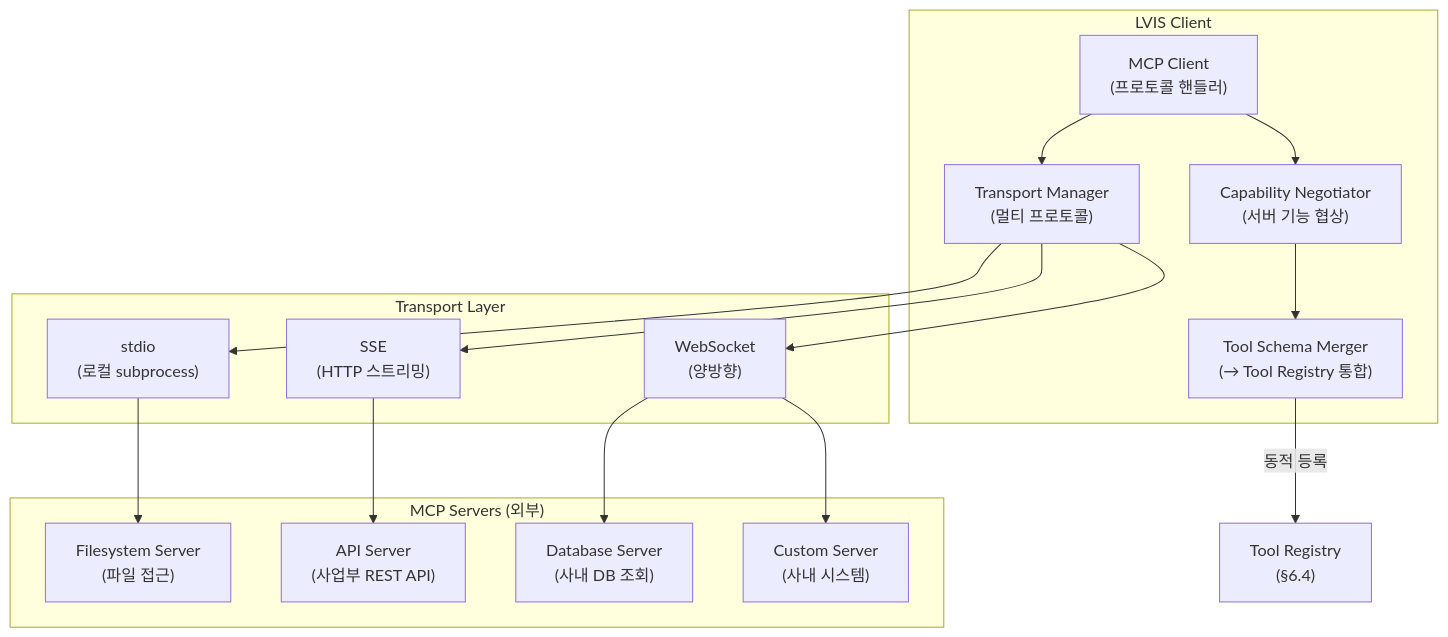
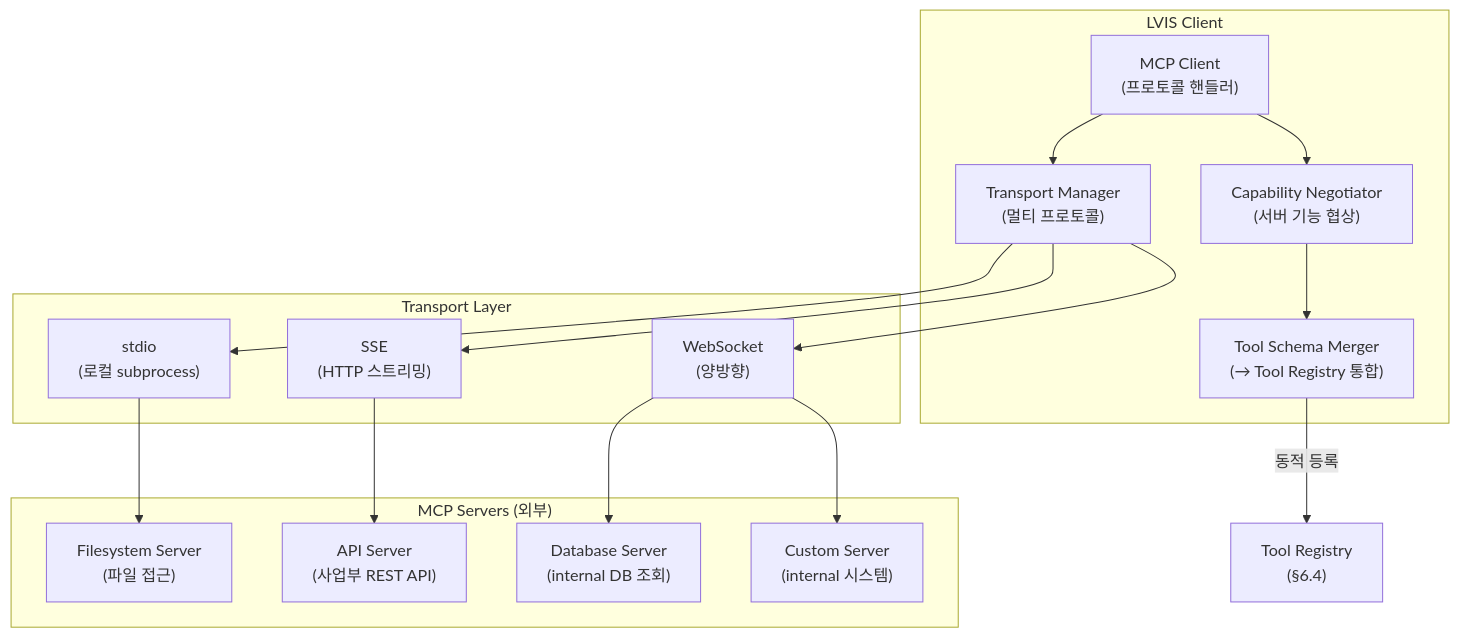
One commit to lvis-project/lvis-app changed diagram 30 of 44 in docs/architecture/architecture.md. Above: the diagram before and after it, drawn with Mermaid. The commit also changed other lines of this file and 76 other files, not shown here.

````diff
--- a/docs/architecture/architecture.md
+++ b/docs/architecture/architecture.md
@@ -2917,36 +2917,36 @@
 ```mermaid
 graph TB
     subgraph "LVIS Client"
         MCP_CLIENT["MCP Client<br/>(프로토콜 핸들러)"]
         TRANSPORT_MGR["Transport Manager<br/>(멀티 프로토콜)"]
         CAPABILITY["Capability Negotiator<br/>(서버 기능 협상)"]
         TOOL_MERGE["Tool Schema Merger<br/>(→ Tool Registry 통합)"]
     end
 
     subgraph "Transport Layer"
         STDIO["stdio<br/>(로컬 subprocess)"]
         SSE["SSE<br/>(HTTP 스트리밍)"]
         WS["WebSocket<br/>(양방향)"]
     end
 
     subgraph "MCP Servers (외부)"
         FS_SERVER["Filesystem Server<br/>(파일 접근)"]
-        DB_SERVER["Database Server<br/>(사내 DB 조회)"]
+        DB_SERVER["Database Server<br/>(internal DB 조회)"]
         API_SERVER["API Server<br/>(사업부 REST API)"]
-        CUSTOM["Custom Server<br/>(사내 시스템)"]
+        CUSTOM["Custom Server<br/>(internal 시스템)"]
     end
 
     MCP_CLIENT --> TRANSPORT_MGR
     TRANSPORT_MGR --> STDIO
     TRANSPORT_MGR --> SSE
     TRANSPORT_MGR --> WS
 
     STDIO --> FS_SERVER
     SSE --> API_SERVER
     WS --> DB_SERVER
     WS --> CUSTOM
 
     MCP_CLIENT --> CAPABILITY
     CAPABILITY --> TOOL_MERGE
     TOOL_MERGE -->|"동적 등록"| REGISTRY["Tool Registry<br/>(§6.4)"]
 ```
````
